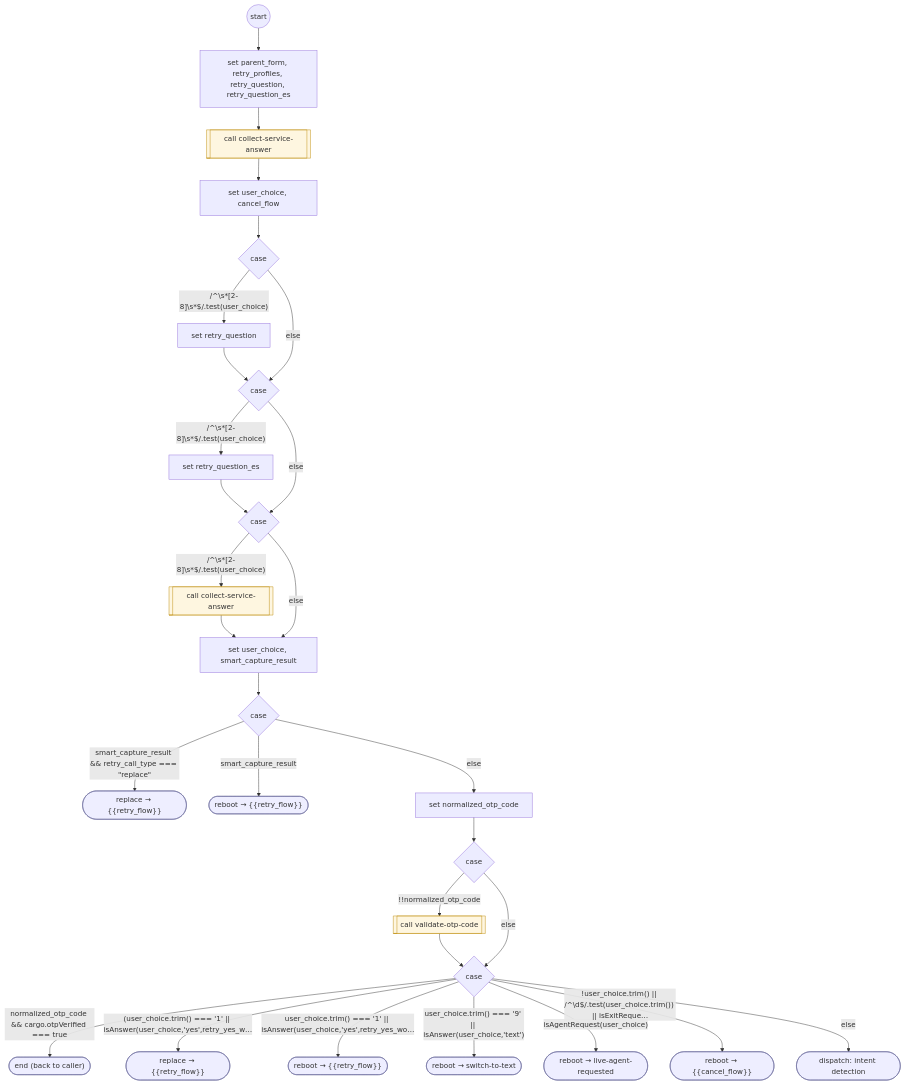
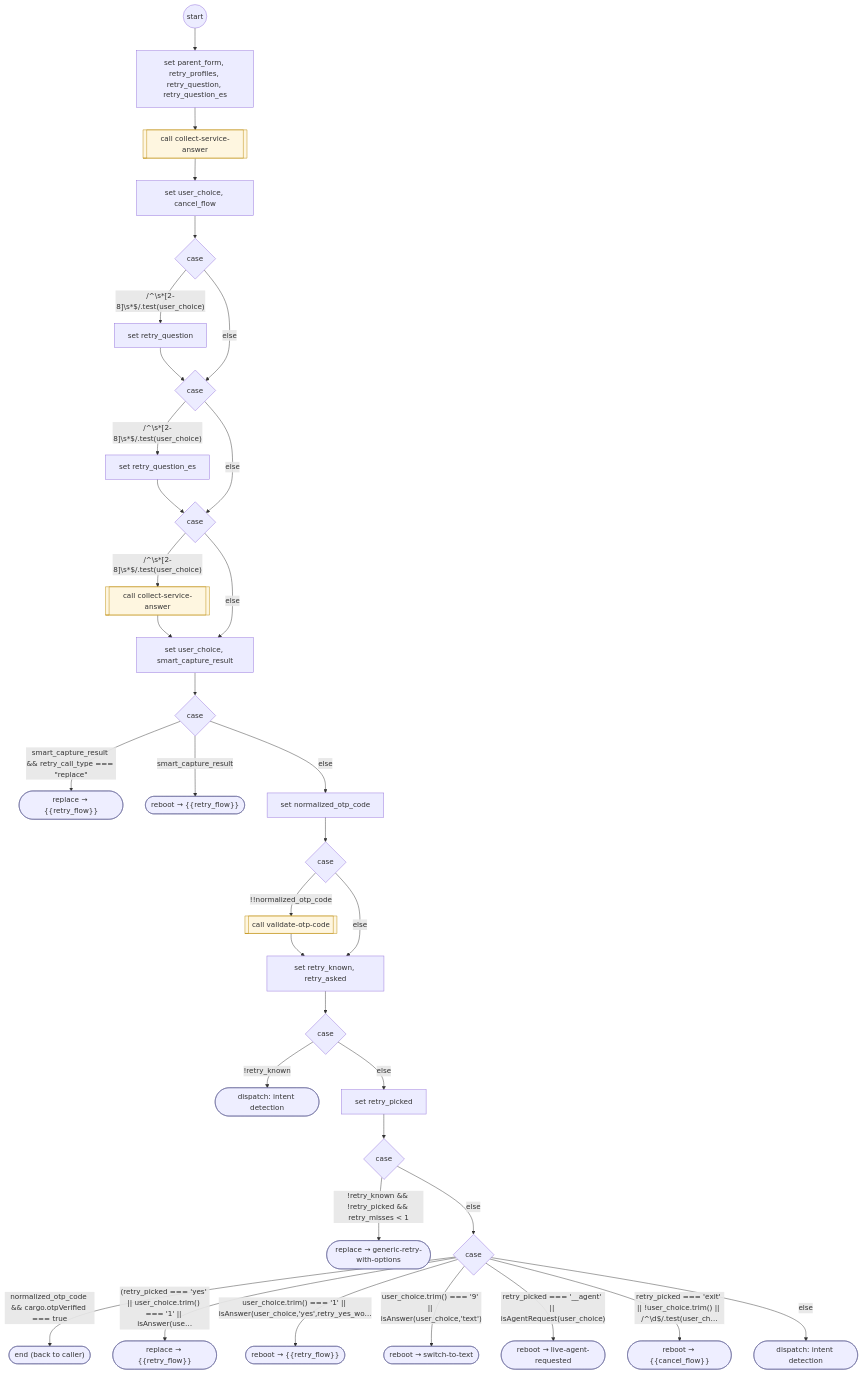
The diagram in docs/flows/system/generic-retry-with-options.md (ronpinkas/jsfe), drawn with Mermaid before and after one commit. The commit also changed other lines of this file and 16 other files, not shown here.

```diff
--- a/docs/flows/system/generic-retry-with-options.md
+++ b/docs/flows/system/generic-retry-with-options.md
@@ -68,30 +69,44 @@
    b15[["call validate-otp-code"]]
    class b15 flowstep
    c14 -- "!!normalized_otp_code" --> b15
-   c16{"case"}
-   b15 --> c16
-   c14 -- "else" --> c16
-   b17(["end (back to caller)"])
-   class b17 endstep
-   c16 -- "normalized_otp_code && cargo.otpVerified === true" --> b17
-   b18(["replace → #123;#123;retry_flow#125;#125;"])
+   n16["set retry_known, retry_asked"]
+   b15 --> n16
+   c14 -- "else" --> n16
+   c17{"case"}
+   n16 --> c17
+   b18(["dispatch: intent detection"])
    class b18 endstep
-   c16 -- "(user_choice.trim() === '1' #124;#124; isAnswer(user_choice,'yes',retry_yes_w…" --> b18
-   b19(["reboot → #123;#123;retry_flow#125;#125;"])
-   class b19 endstep
-   c16 -- "user_choice.trim() === '1' #124;#124; isAnswer(user_choice,'yes',retry_yes_wo…" --> b19
-   b20(["reboot → switch-to-text"])
-   class b20 endstep
-   c16 -- "user_choice.trim() === '9' #124;#124; isAnswer(user_choice,'text')" --> b20
-   b21(["reboot → live-agent-requested"])
+   c17 -- "!retry_known" --> b18
+   n19["set retry_picked"]
+   c17 -- "else" --> n19
+   c20{"case"}
+   n19 --> c20
+   b21(["replace → generic-retry-with-options"])
    class b21 endstep
-   c16 -- "isAgentRequest(user_choice)" --> b21
-   b22(["reboot → #123;#123;cancel_flow#125;#125;"])
-   class b22 endstep
-   c16 -- "!user_choice.trim() #124;#124; /^\d$/.test(user_choice.trim()) #124;#124; isExitReque…" --> b22
-   b23(["dispatch: intent detection"])
+   c20 -- "!retry_known && !retry_picked && retry_misses #lt; 1" --> b21
+   c22{"case"}
+   c20 -- "else" --> c22
+   b23(["end (back to caller)"])
    class b23 endstep
-   c16 -- "else" --> b23
+   c22 -- "normalized_otp_code && cargo.otpVerified === true" --> b23
+   b24(["replace → #123;#123;retry_flow#125;#125;"])
+   class b24 endstep
+   c22 -- "(retry_picked === 'yes' #124;#124; user_choice.trim() === '1' #124;#124; isAnswer(use…" --> b24
+   b25(["reboot → #123;#123;retry_flow#125;#125;"])
+   class b25 endstep
+   c22 -- "user_choice.trim() === '1' #124;#124; isAnswer(user_choice,'yes',retry_yes_wo…" --> b25
+   b26(["reboot → switch-to-text"])
+   class b26 endstep
+   c22 -- "user_choice.trim() === '9' #124;#124; isAnswer(user_choice,'text')" --> b26
+   b27(["reboot → live-agent-requested"])
+   class b27 endstep
+   c22 -- "retry_picked === '__agent' #124;#124; isAgentRequest(user_choice)" --> b27
+   b28(["reboot → #123;#123;cancel_flow#125;#125;"])
+   class b28 endstep
+   c22 -- "retry_picked === 'exit' #124;#124; !user_choice.trim() #124;#124; /^\d$/.test(user_ch…" --> b28
+   b29(["dispatch: intent detection"])
+   class b29 endstep
+   c22 -- "else" --> b29
    classDef endstep fill:#eef,stroke:#669
    classDef toolstep fill:#efe,stroke:#696
    classDef flowstep fill:#fef6e0,stroke:#b80
```
